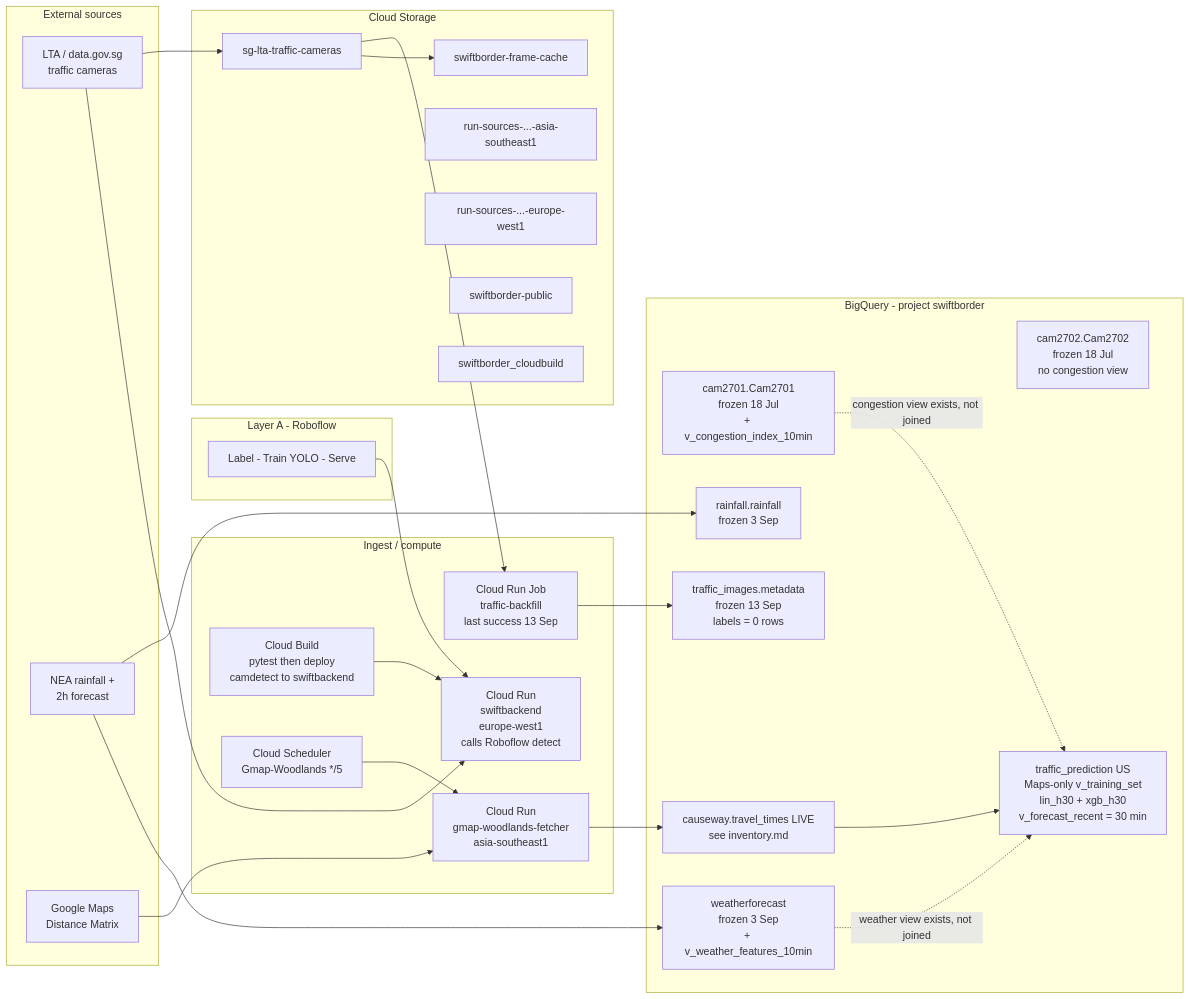
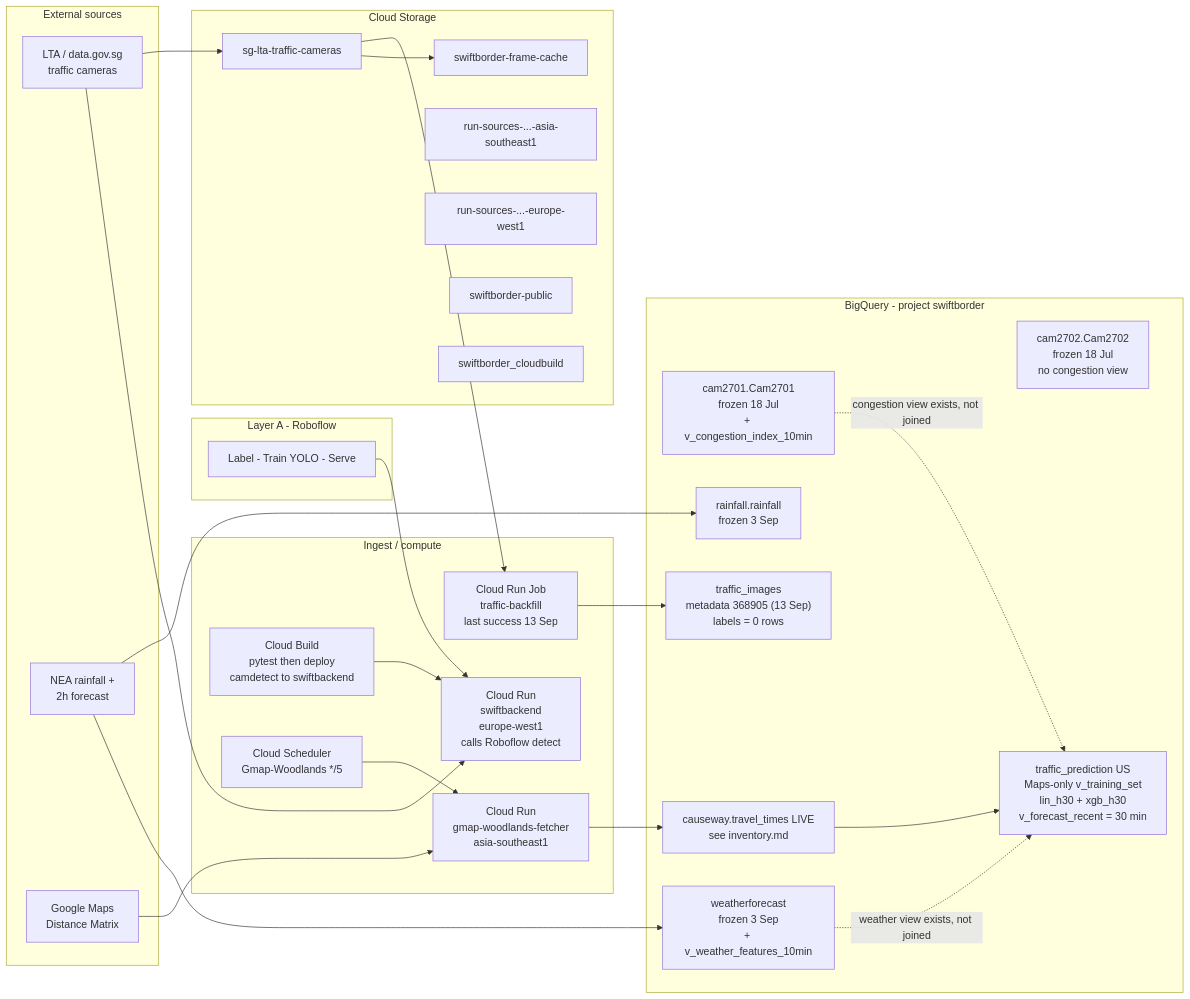
Before and after one commit to sozuken-max/swiftborder: the diagram in docs/architecture.md, drawn with Mermaid. The commit also changed other lines of this file and 22 other files, not shown here.

````diff
--- a/docs/architecture.md
+++ b/docs/architecture.md
@@ -40,55 +40,55 @@
 ```mermaid
 flowchart LR
   subgraph Ext["External sources"]
     LTA["LTA / data.gov.sg<br/>traffic cameras"]
     NEA["NEA rainfall +<br/>2h forecast"]
     GMAP["Google Maps<br/>Distance Matrix"]
   end
 
   subgraph Ingest["Ingest / compute"]
     GH["Cloud Build<br/>pytest then deploy<br/>camdetect to swiftbackend"]
     SCH["Cloud Scheduler<br/>Gmap-Woodlands */5"]
     GFN["Cloud Run<br/>gmap-woodlands-fetcher<br/>asia-southeast1"]
     SB["Cloud Run<br/>swiftbackend<br/>europe-west1<br/>calls Roboflow detect"]
     BF["Cloud Run Job<br/>traffic-backfill<br/>last success 13 Sep"]
   end
 
   subgraph RF["Layer A - Roboflow"]
     ROB["Label - Train YOLO - Serve"]
   end
 
   subgraph BQ["BigQuery - project swiftborder"]
     C1["cam2701.Cam2701<br/>frozen 18 Jul<br/>+ v_congestion_index_10min"]
     C2["cam2702.Cam2702<br/>frozen 18 Jul<br/>no congestion view"]
     TT["causeway.travel_times LIVE<br/>see inventory.md"]
     RF2["rainfall.rainfall<br/>frozen 3 Sep"]
     WX["weatherforecast<br/>frozen 3 Sep<br/>+ v_weather_features_10min"]
-    TI["traffic_images.metadata<br/>frozen 13 Sep<br/>labels = 0 rows"]
+    TI["traffic_images<br/>metadata 368905 (13 Sep)<br/>labels = 0 rows"]
     TP["traffic_prediction US<br/>Maps-only v_training_set<br/>lin_h30 + xgb_h30<br/>v_forecast_recent = 30 min"]
   end
 
   subgraph GCS["Cloud Storage"]
     CAM["sg-lta-traffic-cameras"]
     CACHE["swiftborder-frame-cache"]
     RS1["run-sources-...-asia-southeast1"]
     RS2["run-sources-...-europe-west1"]
     PUB["swiftborder-public"]
     CB["swiftborder_cloudbuild"]
   end
 
   LTA --> CAM
   LTA --> SB
   GH --> SB
   CAM --> BF
   BF --> TI
   ROB --> SB
   NEA --> RF2
   NEA --> WX
   SCH --> GFN
   GMAP --> GFN
   GFN --> TT
   TT --> TP
   C1 -.->|"congestion view exists, not joined"| TP
   WX -.->|"weather view exists, not joined"| TP
   CAM --> CACHE
 ```
````
